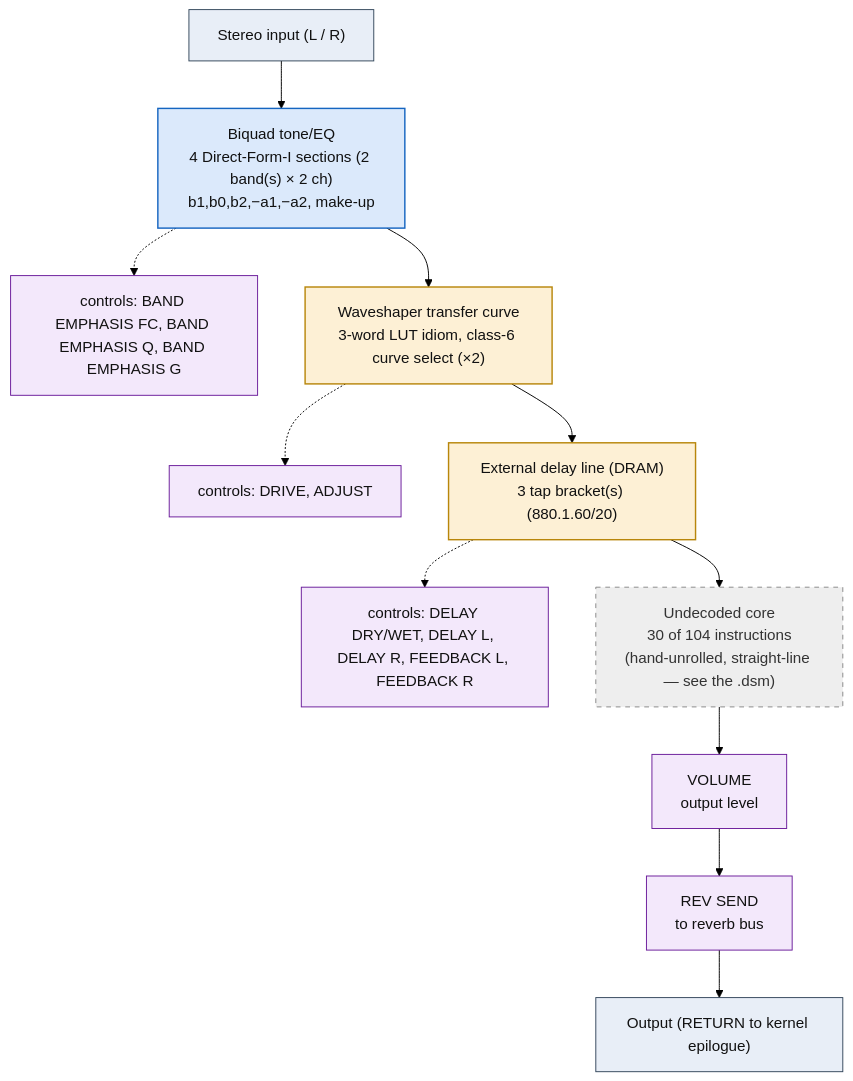
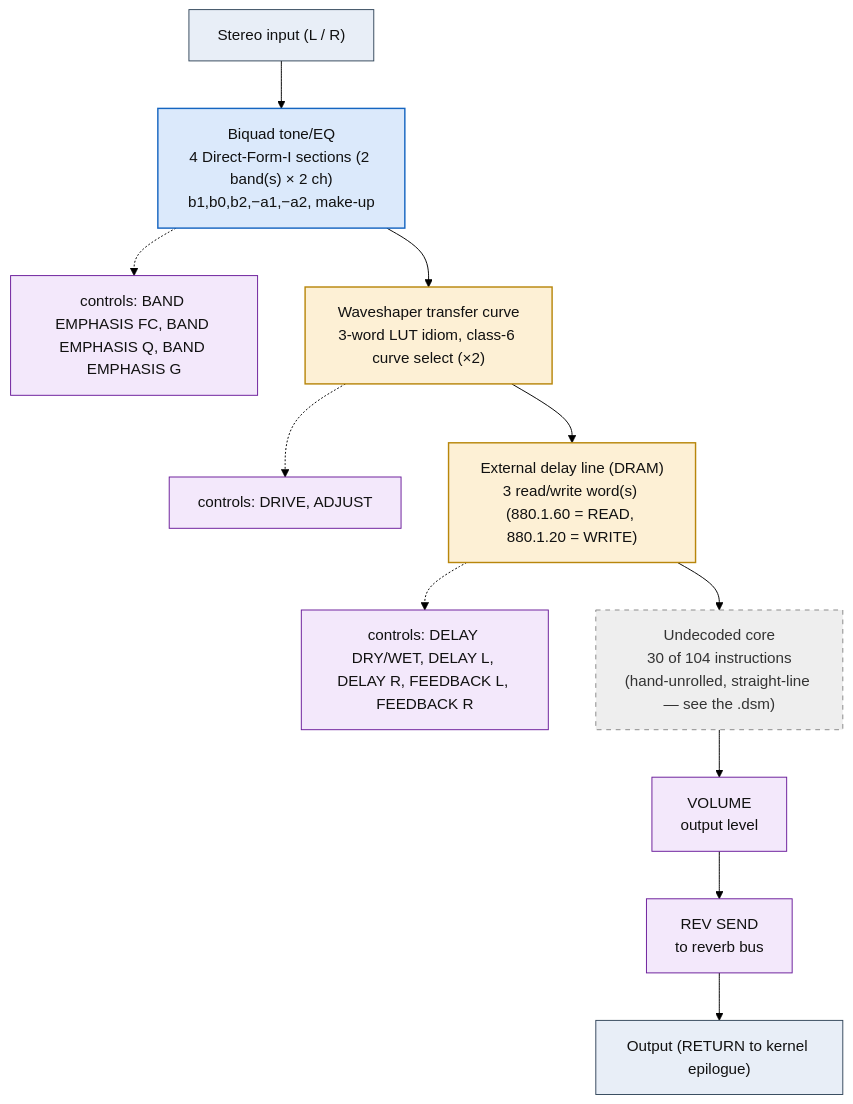
One commit to ArqueologiaDigital/kn5000-roms-disasm changed the diagram in dsp/flowcharts/prog99_peq_overdr_delay.md. Above: the diagram before and after it, drawn with Mermaid (forest theme). The commit also changed other lines of this file and 86 other files, not shown here.

````diff
--- a/dsp/flowcharts/prog99_peq_overdr_delay.md
+++ b/dsp/flowcharts/prog99_peq_overdr_delay.md
@@ -12,36 +12,36 @@
 ```mermaid
 flowchart TD
     N0["Stereo input (L / R)"]
     N1["Biquad tone/EQ<br/>4 Direct-Form-I sections (2 band(s) &times; 2 ch)<br/>b1,b0,b2,&minus;a1,&minus;a2, make-up"]
     N0 --> N1
     N2["controls: BAND EMPHASIS FC, BAND EMPHASIS Q, BAND EMPHASIS G"]
     N1 -.-> N2
     N3["Waveshaper transfer curve<br/>3-word LUT idiom, class-6 curve select (&times;2)"]
     N1 --> N3
     N4["controls: DRIVE, ADJUST"]
     N3 -.-> N4
-    N5["External delay line (DRAM)<br/>3 tap bracket(s) (880.1.60/20)"]
+    N5["External delay line (DRAM)<br/>3 read/write word(s) (880.1.60 = READ, 880.1.20 = WRITE)"]
     N3 --> N5
     N6["controls: DELAY DRY/WET, DELAY L, DELAY R, FEEDBACK L, FEEDBACK R"]
     N5 -.-> N6
     N7["Undecoded core<br/>30 of 104 instructions<br/>(hand-unrolled, straight-line &mdash; see the .dsm)"]
     N5 --> N7
     N8["VOLUME<br/>output level"]
     N7 --> N8
     N9["REV SEND<br/>to reverb bus"]
     N8 --> N9
     N10["Output (RETURN to kernel epilogue)"]
     N9 --> N10
 
     classDef io fill:#e8eef7,stroke:#33475b,stroke-width:1px,color:#111;
     classDef proven fill:#d7f0d7,stroke:#2e7d32,stroke-width:2px,color:#111;
     classDef measured fill:#dbe9fb,stroke:#1565c0,stroke-width:1.5px,color:#111;
     classDef inferred fill:#fdf0d5,stroke:#b8860b,stroke-width:1.5px,color:#111;
     classDef open fill:#eeeeee,stroke:#888,stroke-width:1px,color:#333,stroke-dasharray:5 5;
     classDef ctrl fill:#f3e8fb,stroke:#6a1b9a,stroke-width:1px,color:#111;
     class N0,N10 io;
     class N1 measured;
     class N2,N4,N6,N8,N9 ctrl;
     class N3,N5 inferred;
     class N7 open;
 ```
````
